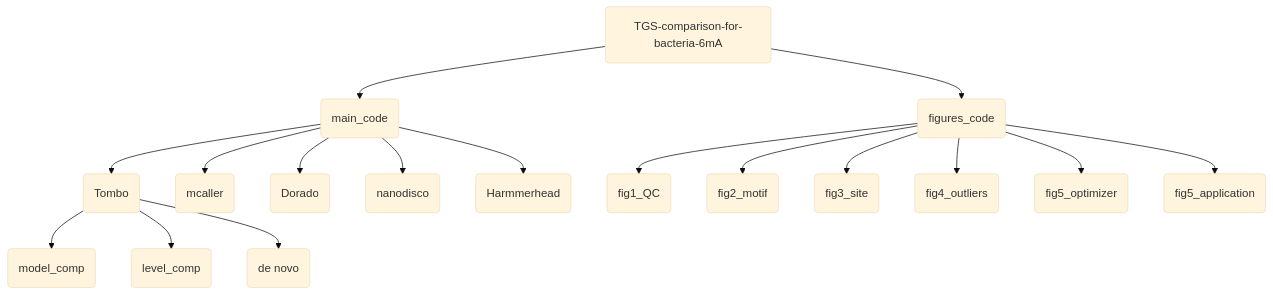
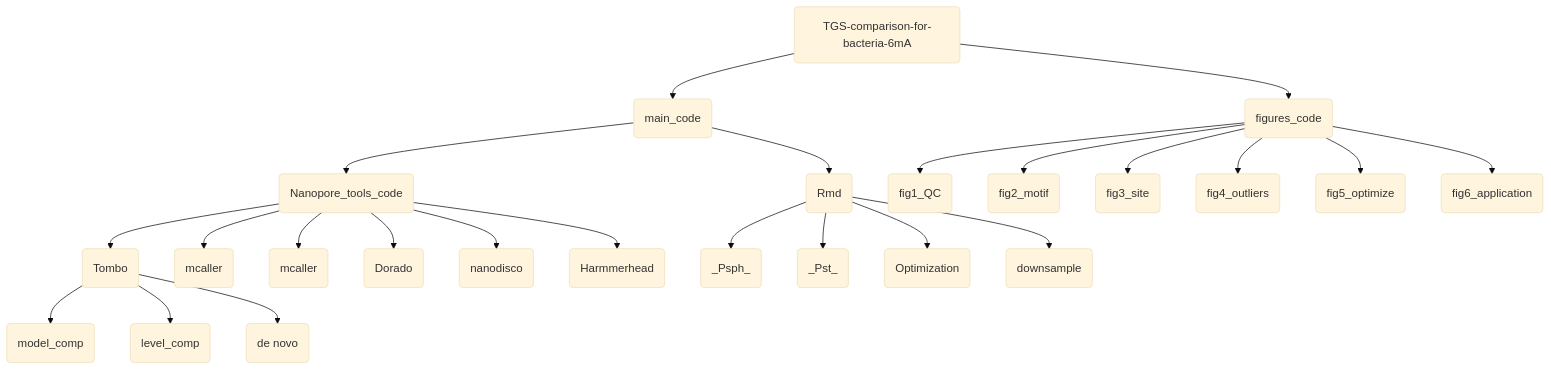
The diagram in README.md (dengxinb2315/TGS-comparison-for-bacteria-6mA), drawn with Mermaid (base theme) before and after one commit.

````diff
--- a/README.md
+++ b/README.md
@@ -47,20 +47,27 @@
 ```mermaid
 graph TD
 	A(TGS-comparison-for-bacteria-6mA)--> B(main_code)
 	A(TGS-comparison-for-bacteria-6mA) --> C(figures_code)
-    B(main_code) --> d(Tombo)
-    B(main_code) --> e(mcaller)
-    B(main_code) --> f(Dorado)
-    B(main_code) --> r(nanodisco)
-    B(main_code) --> h(Harmmerhead)
-    d(Tombo)  --> i(model_comp)
-    d(Tombo)  --> j(level_comp)
-    d(Tombo)  --> k(de novo)
-    C(figures_code)  --> l(fig1_QC)
-    C(figures_code)  --> m(fig2_motif)
-    C(figures_code)  --> n(fig3_site)
-    C(figures_code)  --> o(fig4_outliers)
-    C(figures_code)  -->p(fig5_optimizer)
-    C(figures_code)  -->q(fig5_application)
+    B(main_code) --> d(Nanopore_tools_code)
+    d(Nanopore_tools_code) --> e(Tombo)
+    d(Nanopore_tools_code) --> f(mcaller)
+    d(Nanopore_tools_code) --> g(mcaller)
+    d(Nanopore_tools_code) --> h(Dorado)
+    d(Nanopore_tools_code) --> i(nanodisco)
+    d(Nanopore_tools_code) --> j(Harmmerhead)
+    e(Tombo)  --> k(model_comp)
+    e(Tombo)  --> l(level_comp)
+    e(Tombo)  --> m(de novo)
+	B(main_code) --> n(Rmd)
+	n(Rmd) --> o(_Psph_)
+	n(Rmd) --> p(_Pst_)
+	n(Rmd) --> q(Optimization)
+	n(Rmd) --> r(downsample)
+    C(figures_code)  --> s(fig1_QC)
+    C(figures_code)  --> t(fig2_motif)
+    C(figures_code)  --> u(fig3_site)
+    C(figures_code)  --> v(fig4_outliers)
+    C(figures_code)  --> w(fig5_optimize)
+    C(figures_code)  --> x(fig6_application)
 
 ```
````
